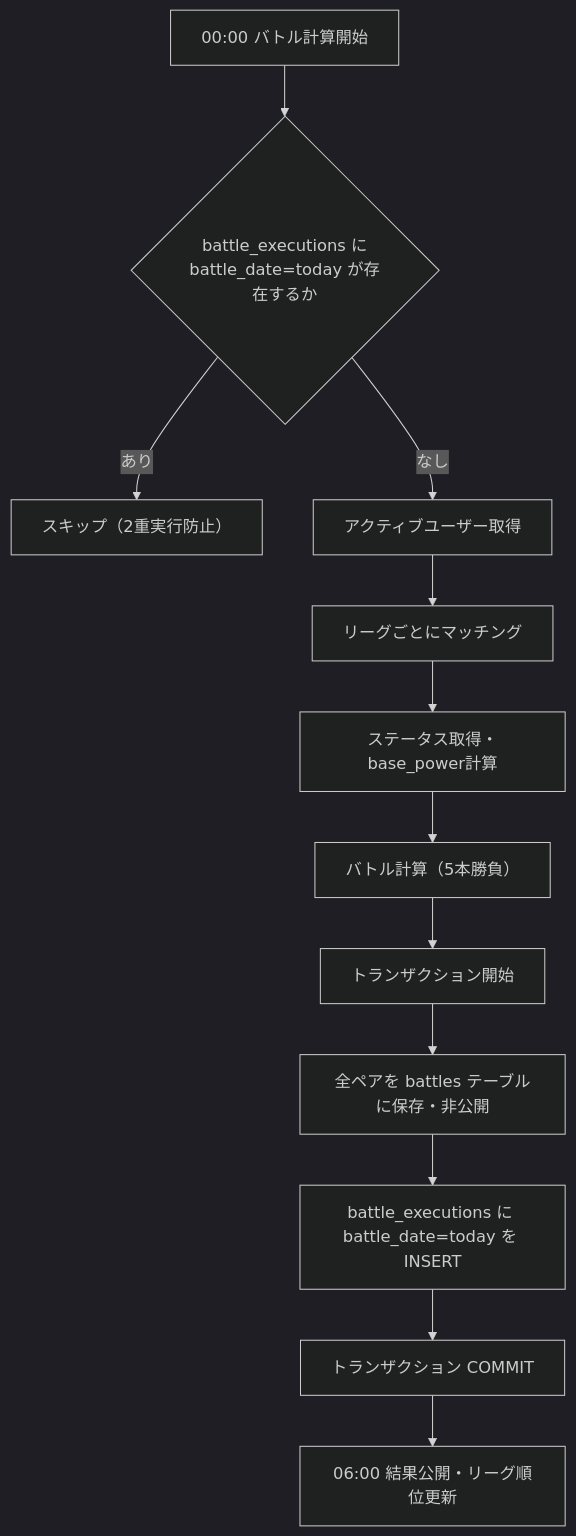
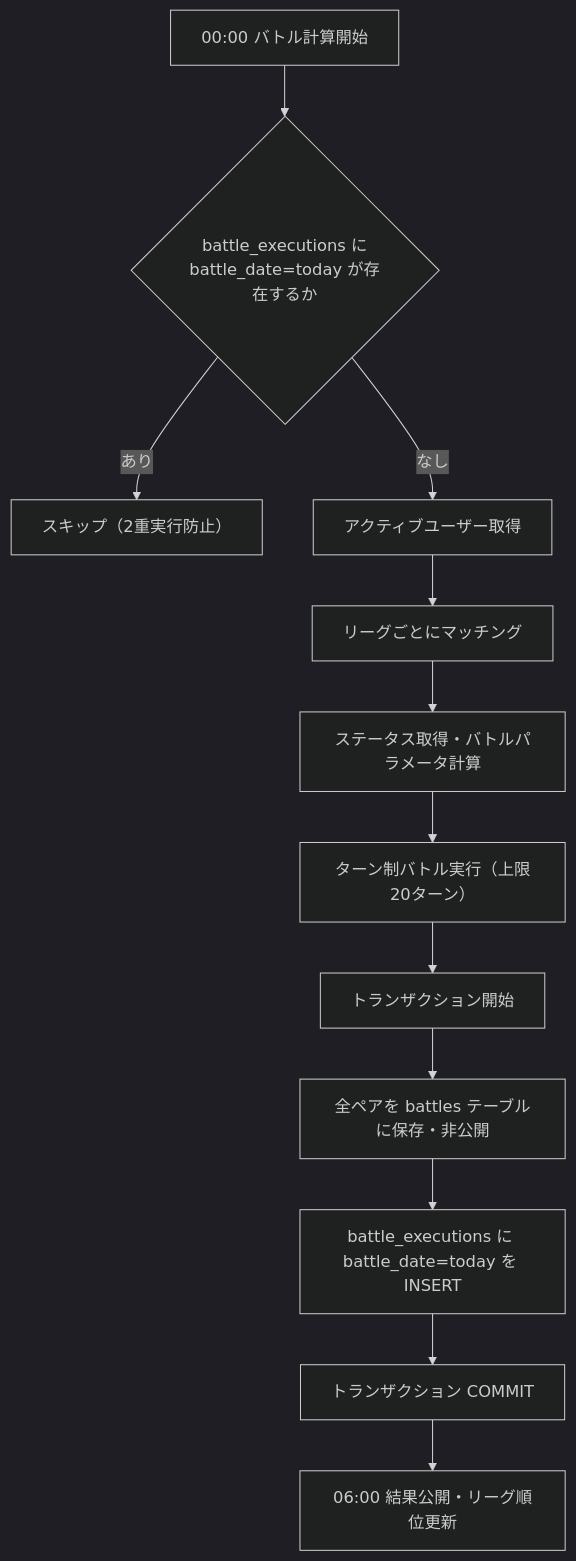
One commit to ShotaMiwa/Task-Apps changed the third of 4 diagrams in docs/spec.md. Above: the diagram before and after it, drawn with Mermaid (dark theme). The commit also changed other lines of this file, not shown here.

````diff
--- a/docs/spec.md
+++ b/docs/spec.md
@@ -338,14 +368,14 @@
 ```mermaid
 flowchart TD
   A[00:00 バトル計算開始] --> B{battle_executions に\nbattle_date=today が存在するか}
   B -->|あり| Z[スキップ（2重実行防止）]
   B -->|なし| C[アクティブユーザー取得]
   C --> D[リーグごとにマッチング]
-  D --> E[ステータス取得・base_power計算]
-  E --> F[バトル計算（5本勝負）]
+  D --> E[ステータス取得・バトルパラメータ計算]
+  E --> F[ターン制バトル実行（上限20ターン）]
   F --> G[トランザクション開始]
   G --> H[全ペアを battles テーブルに保存・非公開]
   H --> I[battle_executions に battle_date=today を INSERT]
   I --> J[トランザクション COMMIT]
   J --> K[06:00 結果公開・リーグ順位更新]
 ```
````
